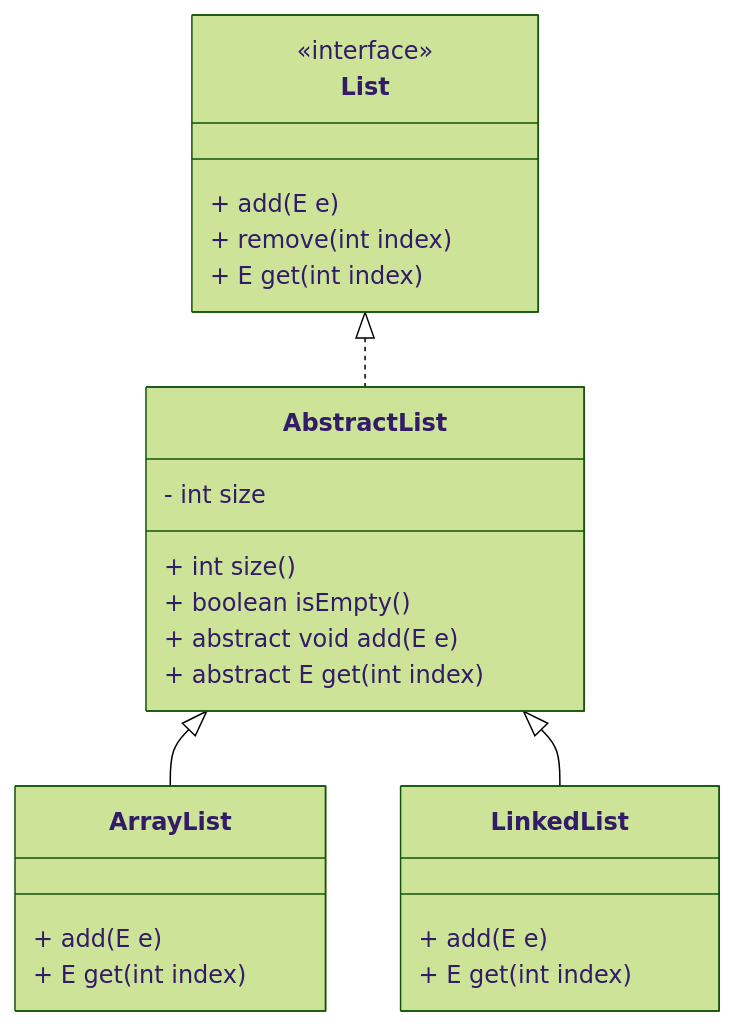
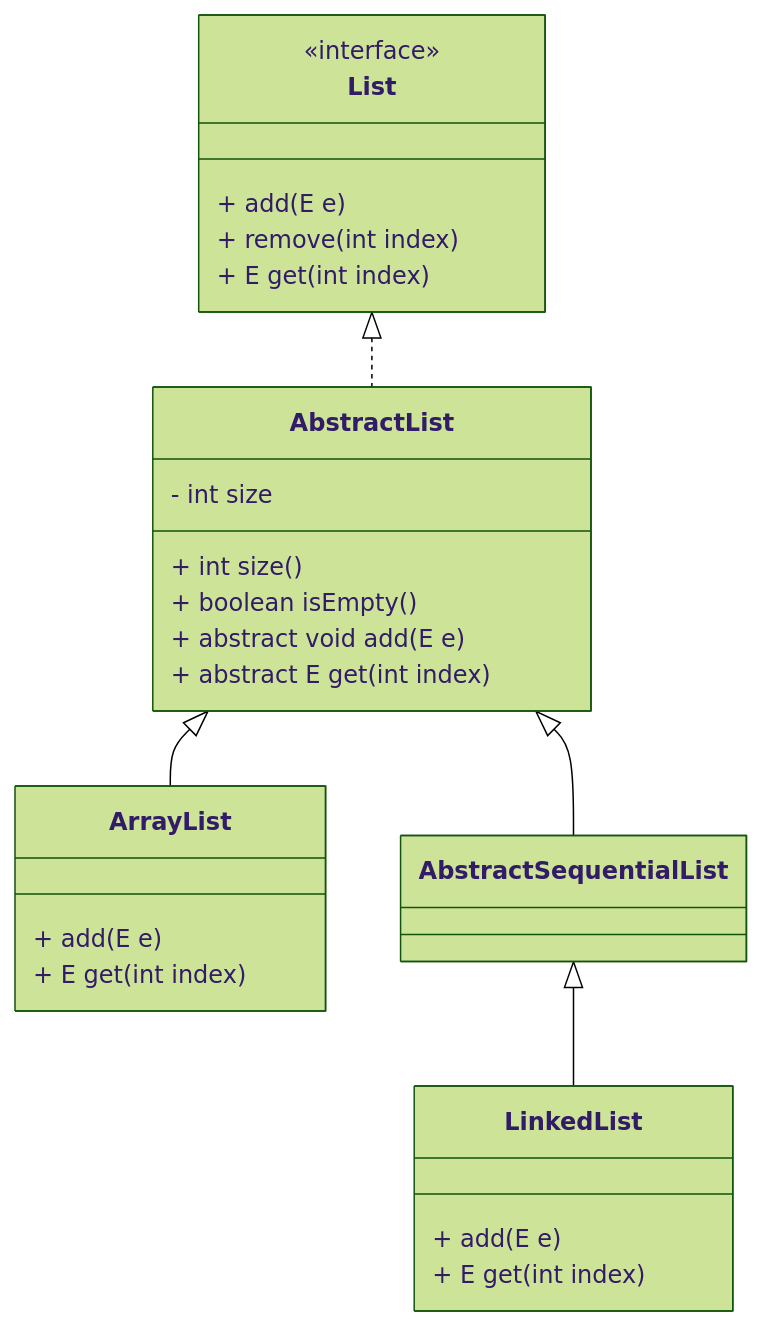
The tenth of 10 diagrams in slides/E3.3 - Java Classes (Interfaces, abstract classes).md (nbicocchi/learn-java-core), drawn with Mermaid (forest theme) before and after one commit. The commit also changed other lines of this file and 23 other files, not shown here.

````diff
--- a/slides/E3.3 - Java Classes (Interfaces, abstract classes).md
+++ b/slides/E3.3 - Java Classes (Interfaces, abstract classes).md
@@ -687,31 +723,34 @@
 ```mermaid
 classDiagram
    class List {
       <<interface>>
       + add(E e)
       + remove(int index)
       + E get(int index)
    }
 
    class AbstractList {
       - int size
       + int size()
       + boolean isEmpty()
       + abstract void add(E e)
       + abstract E get(int index)
    }
 
    class ArrayList {
       + add(E e)
       + E get(int index)
    }
 
-   class LinkedList {
+    class LinkedList {
       + add(E e)
       + E get(int index)
-   }
+    }
+
+    class AbstractSequentialList
 
    List <|.. AbstractList
    AbstractList <|-- ArrayList
-   AbstractList <|-- LinkedList
+    AbstractList <|-- AbstractSequentialList
+    AbstractSequentialList <|-- LinkedList
 ```
````
